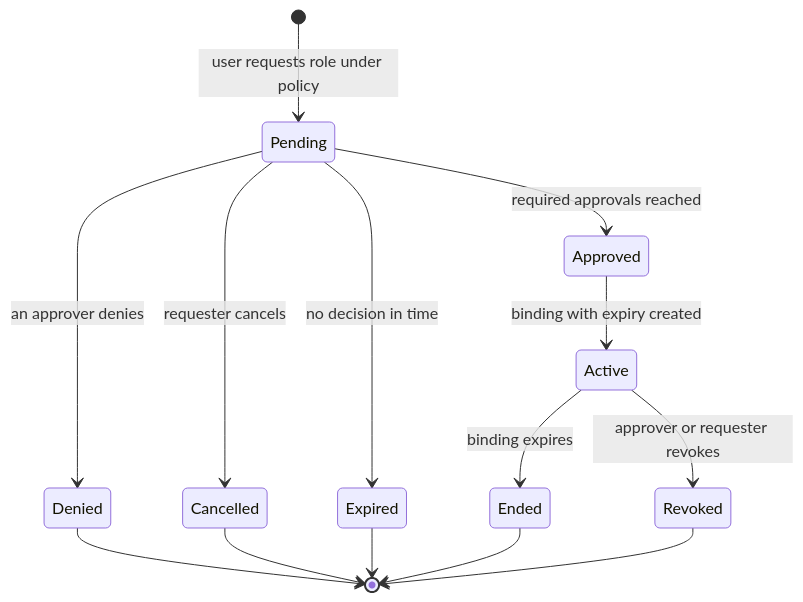
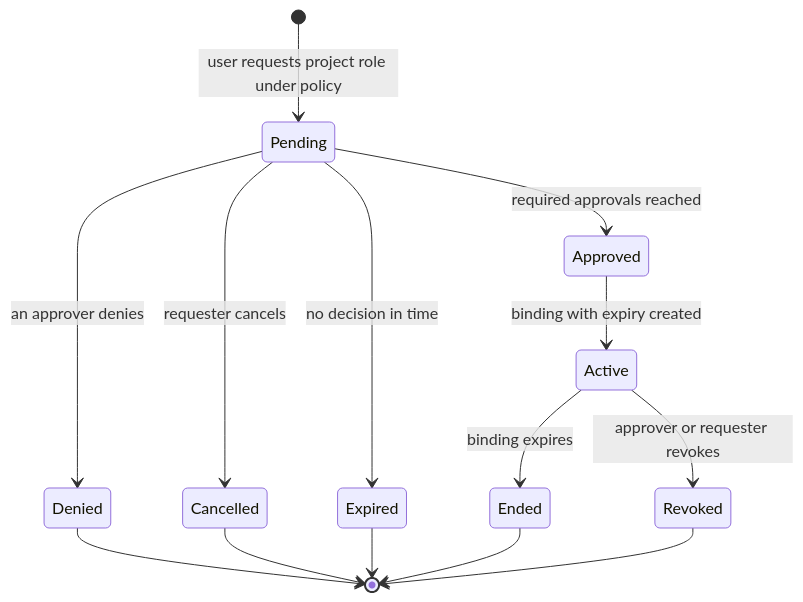
Before and after one commit to tidegate-dev/enhancements: the second of 3 diagrams in teps/0003-data-model/README.md, drawn with Mermaid. The commit also changed other lines of this file, not shown here.

````diff
--- a/teps/0003-data-model/README.md
+++ b/teps/0003-data-model/README.md
@@ -280,16 +290,16 @@
 ```mermaid
 stateDiagram-v2
-    [*] --> Pending: user requests role under policy
+    [*] --> Pending: user requests project role under policy
     Pending --> Approved: required approvals reached
     Pending --> Denied: an approver denies
     Pending --> Cancelled: requester cancels
     Pending --> Expired: no decision in time
     Approved --> Active: binding with expiry created
     Active --> Ended: binding expires
     Active --> Revoked: approver or requester revokes
     Denied --> [*]
     Cancelled --> [*]
     Expired --> [*]
     Ended --> [*]
     Revoked --> [*]
 ```
````
